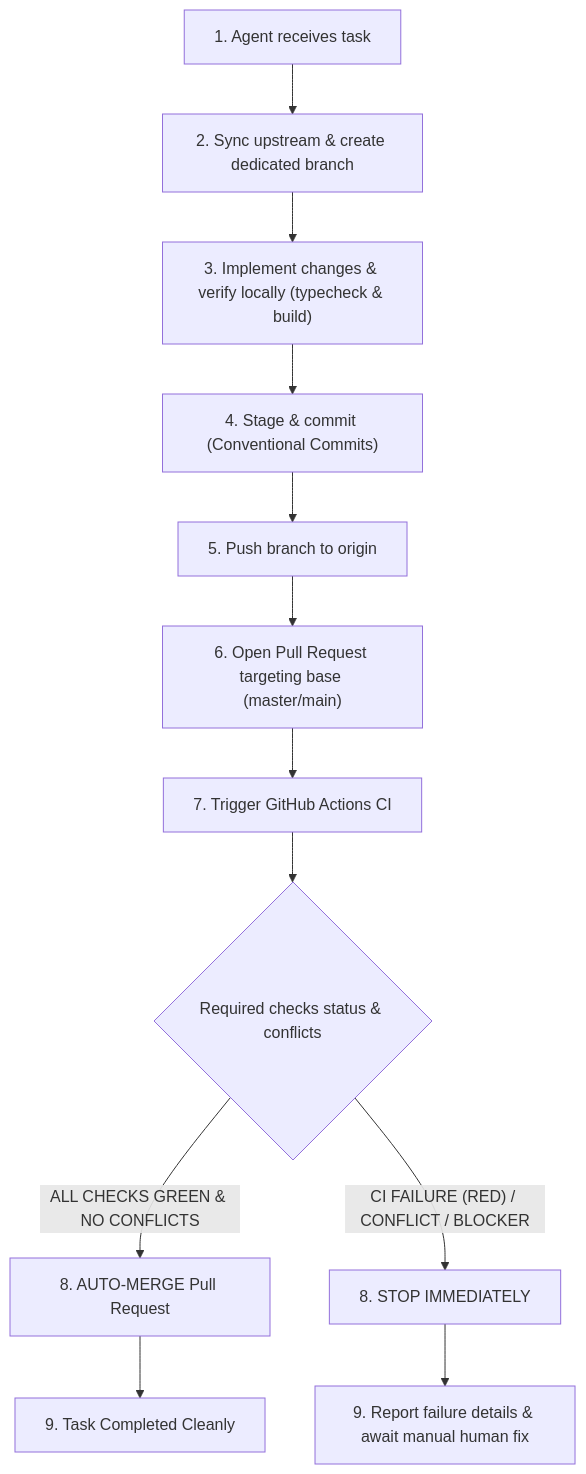
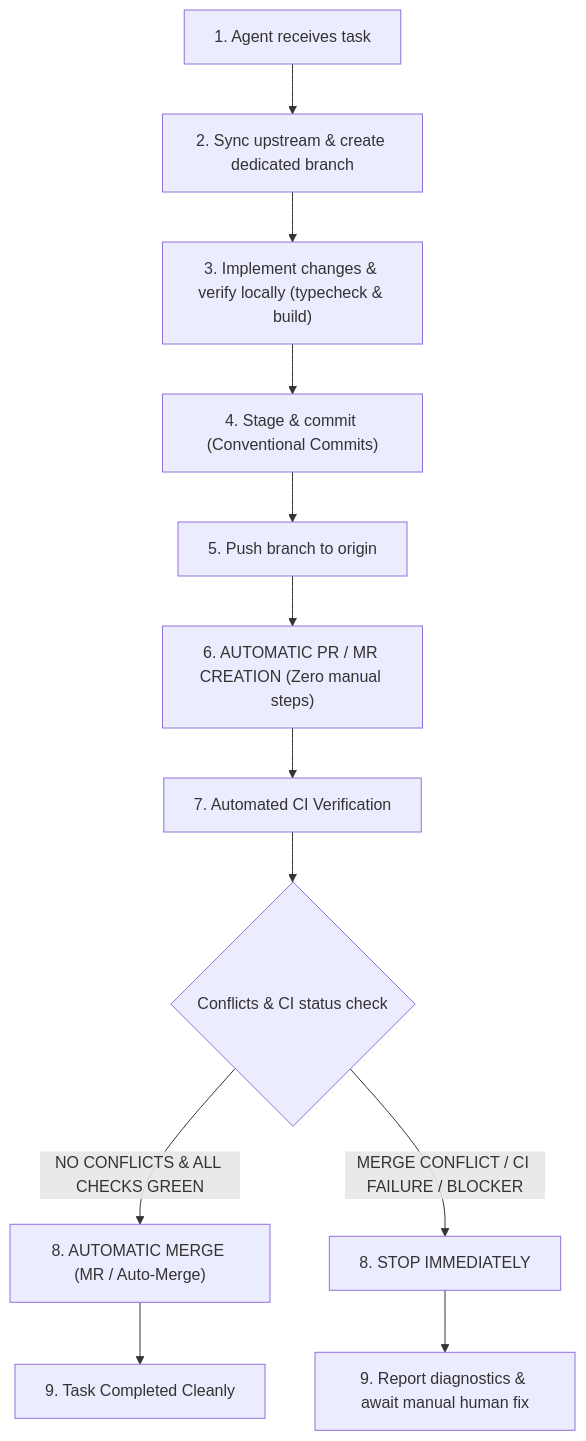
One commit to oneruit/roguelike-coop-game changed the diagram in AGENTS.md. Above: the diagram before and after it, drawn with Mermaid. The commit also changed other lines of this file and 1 other file, not shown here.

Commit message:
chore(workflow): automate PR/MR creation and auto-merge when no conflicts exist

````diff
--- a/AGENTS.md
+++ b/AGENTS.md
@@ -11,14 +11,14 @@
 ```mermaid
 flowchart TD
     A["1. Agent receives task"] --> B["2. Sync upstream & create dedicated branch"]
     B --> C["3. Implement changes & verify locally (typecheck & build)"]
     C --> D["4. Stage & commit (Conventional Commits)"]
     D --> E["5. Push branch to origin"]
-    E --> F["6. Open Pull Request targeting base (master/main)"]
-    F --> G["7. Trigger GitHub Actions CI"]
-    G --> H{"Required checks status & conflicts"}
-    H -- "ALL CHECKS GREEN & NO CONFLICTS" --> I["8. AUTO-MERGE Pull Request"]
+    E --> F["6. AUTOMATIC PR / MR CREATION (Zero manual steps)"]
+    F --> G["7. Automated CI Verification"]
+    G --> H{"Conflicts & CI status check"}
+    H -- "NO CONFLICTS & ALL CHECKS GREEN" --> I["8. AUTOMATIC MERGE (MR / Auto-Merge)"]
     I --> J["9. Task Completed Cleanly"]
-    H -- "CI FAILURE (RED) / CONFLICT / BLOCKER" --> K["8. STOP IMMEDIATELY"]
-    K --> L["9. Report failure details & await manual human fix"]
+    H -- "MERGE CONFLICT / CI FAILURE / BLOCKER" --> K["8. STOP IMMEDIATELY"]
+    K --> L["9. Report diagnostics & await manual human fix"]
 ```
````
